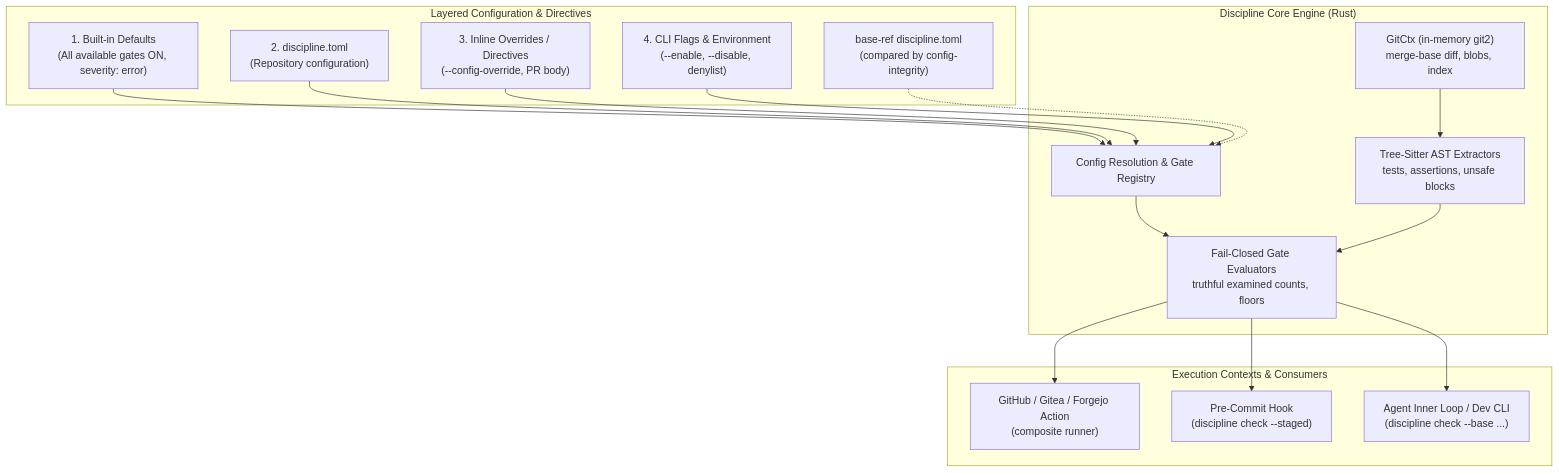
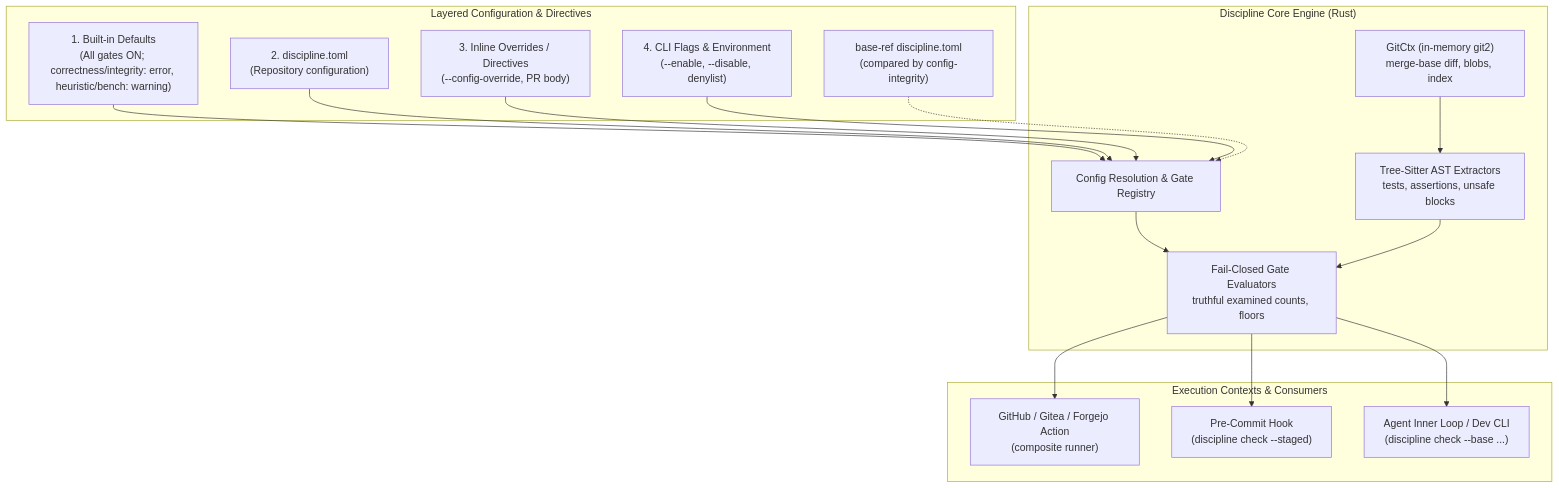
One commit to actions-marketplace-validations/orieg_discipline changed the first of 4 diagrams in docs/ARCHITECTURE.md. Above: the diagram before and after it, drawn with Mermaid. The commit also changed other lines of this file and 30 other files, not shown here.

````diff
--- a/docs/ARCHITECTURE.md
+++ b/docs/ARCHITECTURE.md
@@ -40,37 +40,37 @@
 ```mermaid
 flowchart TD
     subgraph CFG_LAYER["Layered Configuration & Directives"]
-        D["1. Built-in Defaults<br/>(All available gates ON, severity: error)"]
+        D["1. Built-in Defaults<br/>(All gates ON; correctness/integrity: error, heuristic/bench: warning)"]
         F["2. discipline.toml<br/>(Repository configuration)"]
         O["3. Inline Overrides / Directives<br/>(--config-override, PR body)"]
         CLI["4. CLI Flags & Environment<br/>(--enable, --disable, denylist)"]
         BASE_CFG["base-ref discipline.toml<br/>(compared by config-integrity)"]
     end
 
     subgraph ENGINE["Discipline Core Engine (Rust)"]
         RESOLVE["Config Resolution & Gate Registry"]
         GIT["GitCtx (in-memory git2)<br/>merge-base diff, blobs, index"]
         AST["Tree-Sitter AST Extractors<br/>tests, assertions, unsafe blocks"]
         EVAL["Fail-Closed Gate Evaluators<br/>truthful examined counts, floors"]
     end
 
     subgraph CONSUMERS["Execution Contexts & Consumers"]
         ACTION["GitHub / Gitea / Forgejo Action<br/>(composite runner)"]
         HOOK["Pre-Commit Hook<br/>(discipline check --staged)"]
         DEV["Agent Inner Loop / Dev CLI<br/>(discipline check --base ...)"]
     end
 
     D --> RESOLVE
     F --> RESOLVE
     O --> RESOLVE
     CLI --> RESOLVE
     BASE_CFG -.-> RESOLVE
 
     RESOLVE --> EVAL
     GIT --> AST
     AST --> EVAL
 
     EVAL --> ACTION
     EVAL --> HOOK
     EVAL --> DEV
 ```
````
